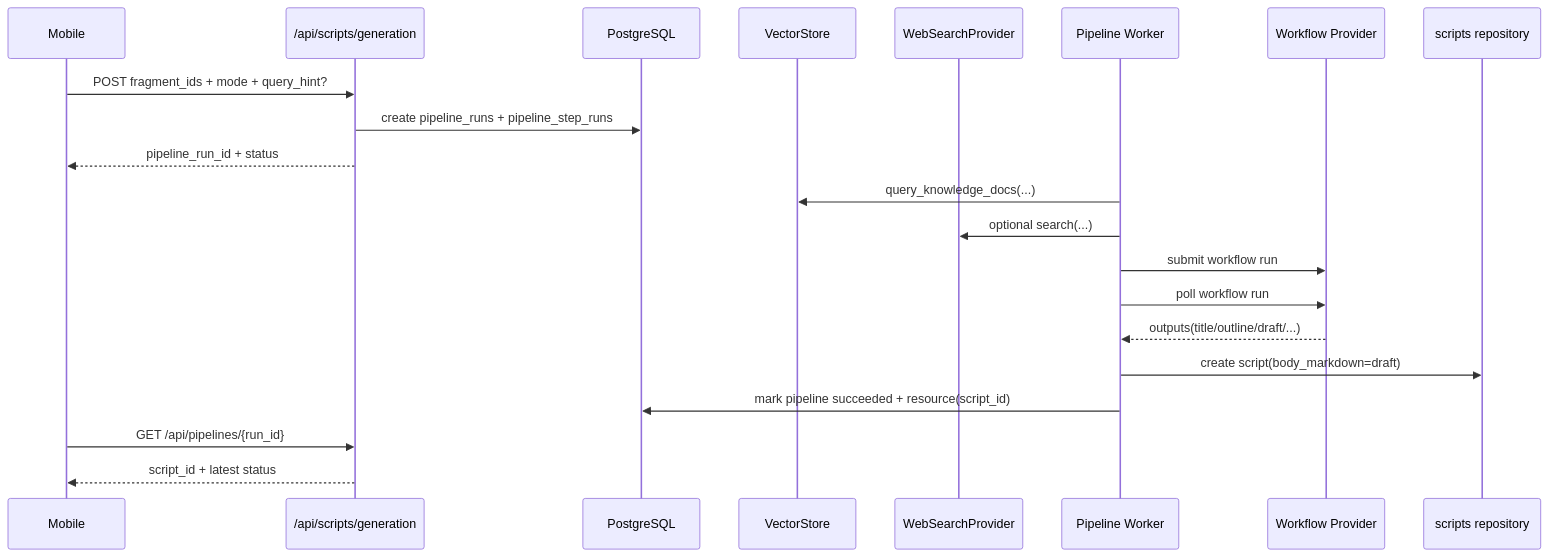
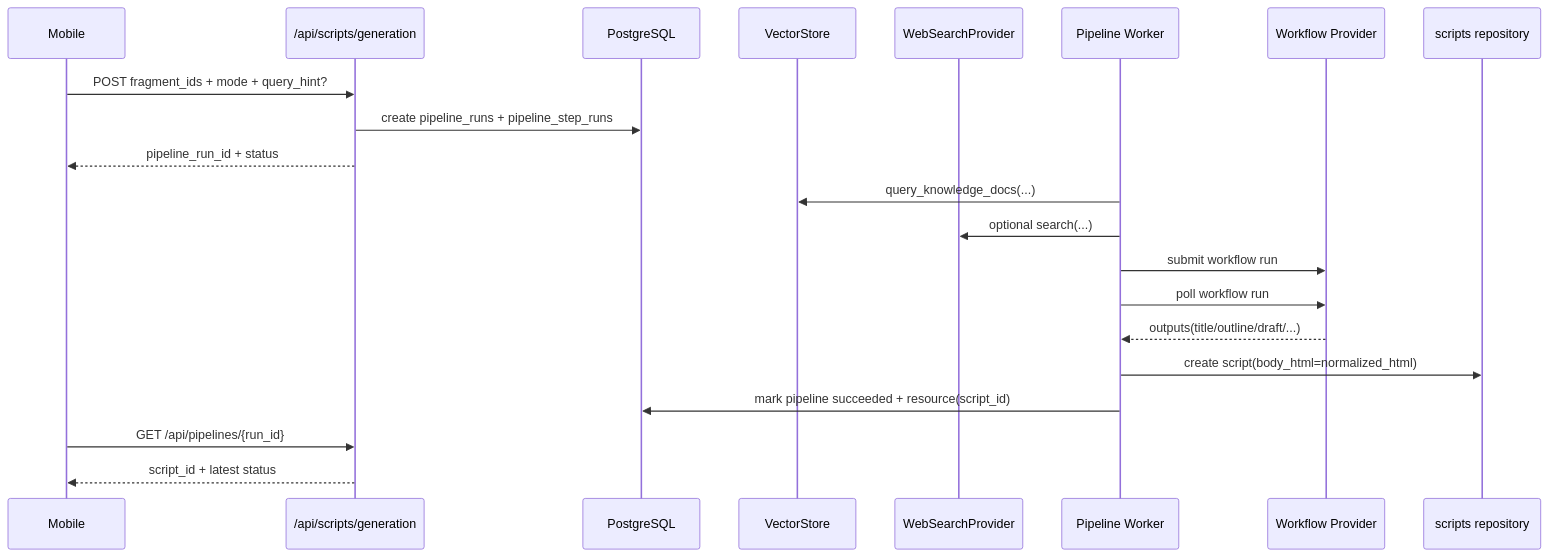
Before and after one commit to YCZA2/SparkFlow: the sixth of 9 diagrams in memory-bank/architecture.md, drawn with Mermaid. The commit also changed other lines of this file and 62 other files, not shown here.

First line of the commit message:
feat: 重构正文契约为 body_html 并切换原生编辑器

````diff
--- a/memory-bank/architecture.md
+++ b/memory-bank/architecture.md
@@ -350,24 +350,24 @@
 ```mermaid
 sequenceDiagram
     participant App as Mobile
     participant API as /api/scripts/generation
     participant DB as PostgreSQL
     participant VDB as VectorStore
     participant WEB as WebSearchProvider
     participant PIPE as Pipeline Worker
     participant WFP as Workflow Provider
     participant SCRIPT as scripts repository
 
     App->>API: POST fragment_ids + mode + query_hint?
     API->>DB: create pipeline_runs + pipeline_step_runs
     API-->>App: pipeline_run_id + status
     PIPE->>VDB: query_knowledge_docs(...)
     PIPE->>WEB: optional search(...)
     PIPE->>WFP: submit workflow run
     PIPE->>WFP: poll workflow run
     WFP-->>PIPE: outputs(title/outline/draft/...)
-    PIPE->>SCRIPT: create script(body_markdown=draft)
+    PIPE->>SCRIPT: create script(body_html=normalized_html)
     PIPE->>DB: mark pipeline succeeded + resource(script_id)
     App->>API: GET /api/pipelines/{run_id}
     API-->>App: script_id + latest status
 ```
````
